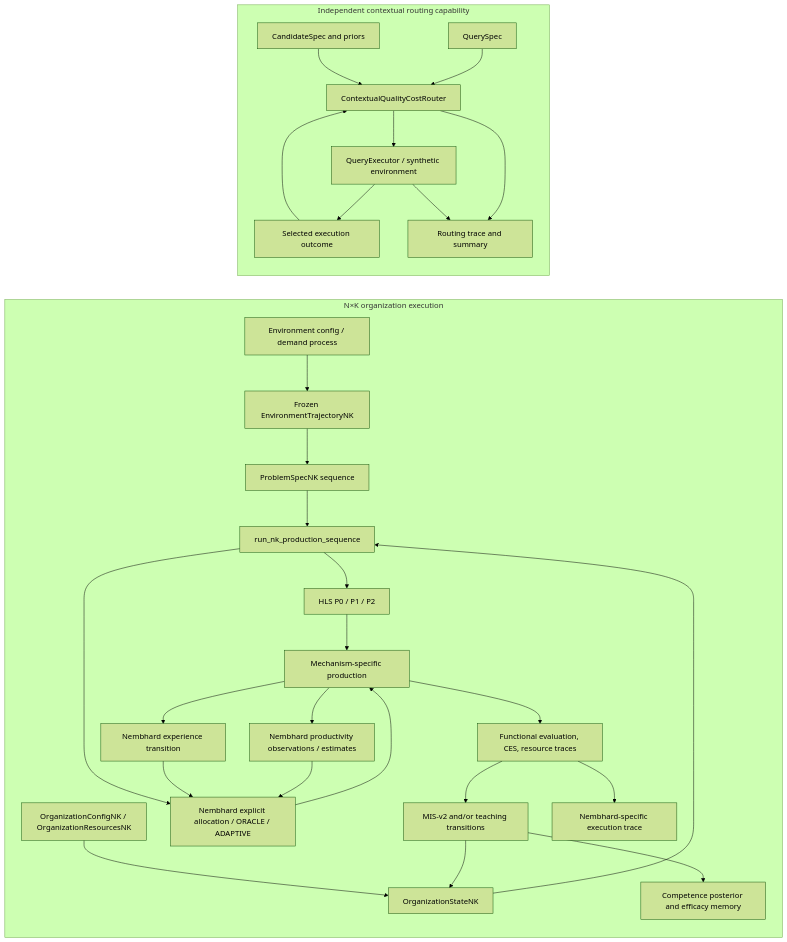
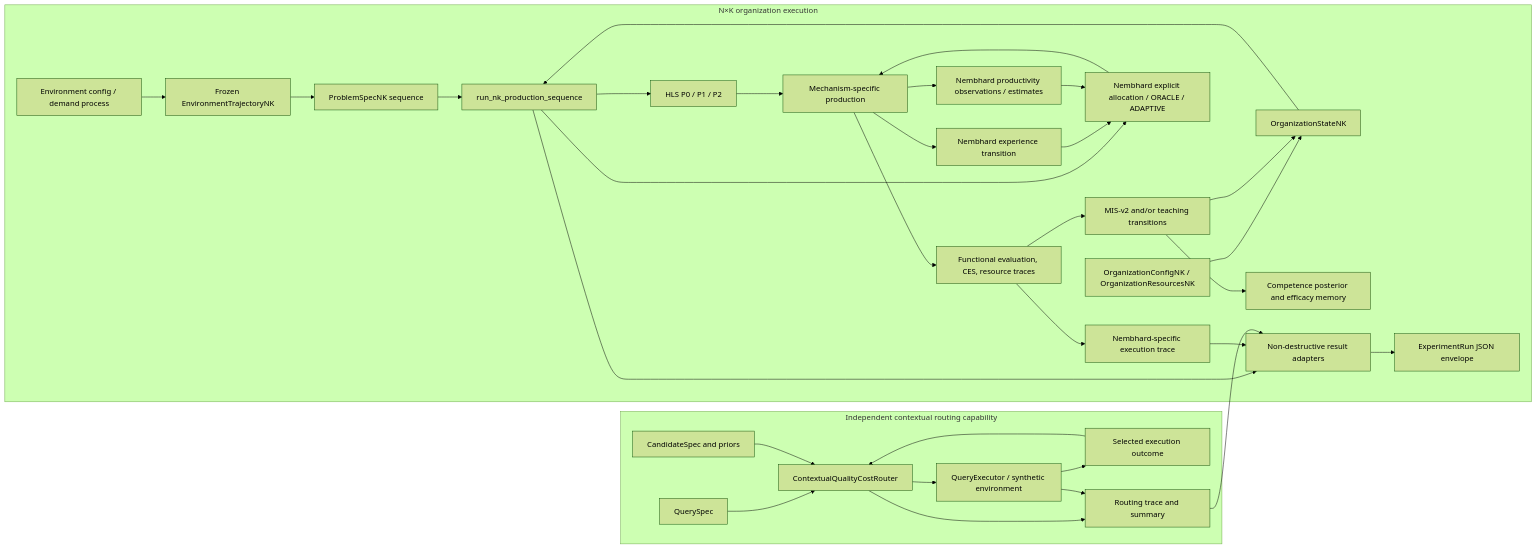
The diagram in docs/engineering/HLS_LAB_ARCHITECTURE_2026-10-17.md (franjgs/heterogeneous_learning_systems), drawn with Mermaid (forest theme) before and after one commit. The commit also changed other lines of this file and 7 other files, not shown here.

Commit message:
feat(hls): add common experiment run contract

````diff
--- a/docs/engineering/HLS_LAB_ARCHITECTURE_2026-10-17.md
+++ b/docs/engineering/HLS_LAB_ARCHITECTURE_2026-10-17.md
@@ -26,44 +26,49 @@
 ```mermaid
 flowchart LR
   subgraph NK[ N×K organization execution ]
     EC[Environment config / demand process]
     ET[Frozen EnvironmentTrajectoryNK]
     PS[ProblemSpecNK sequence]
     OC[OrganizationConfigNK / OrganizationResourcesNK]
     OS[OrganizationStateNK]
     RUN[run_nk_production_sequence]
     POL[HLS P0 / P1 / P2]
     NEM[Nembhard explicit allocation / ORACLE / ADAPTIVE]
     PROD[Mechanism-specific production]
     TRANS[MIS-v2 and/or teaching transitions]
     EST[Competence posterior and efficacy memory]
     NEXP[Nembhard experience transition]
     NEST[Nembhard productivity observations / estimates]
     EVAL[Functional evaluation, CES, resource traces]
     NTRACE[Nembhard-specific execution trace]
+    ADAPT[Non-destructive result adapters]
+    COMMON[ExperimentRun JSON envelope]
     EC --> ET --> PS --> RUN
     OC --> OS --> RUN
     RUN --> POL --> PROD
     RUN --> NEM --> PROD
     PROD --> EVAL
     EVAL --> TRANS --> OS
     TRANS --> EST
     PROD --> NEXP --> NEM
     PROD --> NEST --> NEM
     EVAL --> NTRACE
+    RUN --> ADAPT --> COMMON
+    NTRACE --> ADAPT
   end
 
   subgraph CTX[ Independent contextual routing capability ]
     Q[QuerySpec]
     C[CandidateSpec and priors]
     CR[ContextualQualityCostRouter]
     EX[QueryExecutor / synthetic environment]
     OUT[Selected execution outcome]
     TR[Routing trace and summary]
     Q --> CR
     C --> CR
     CR --> EX --> OUT --> CR
     CR --> TR
     EX --> TR
+    TR --> ADAPT
   end
 ```
````
